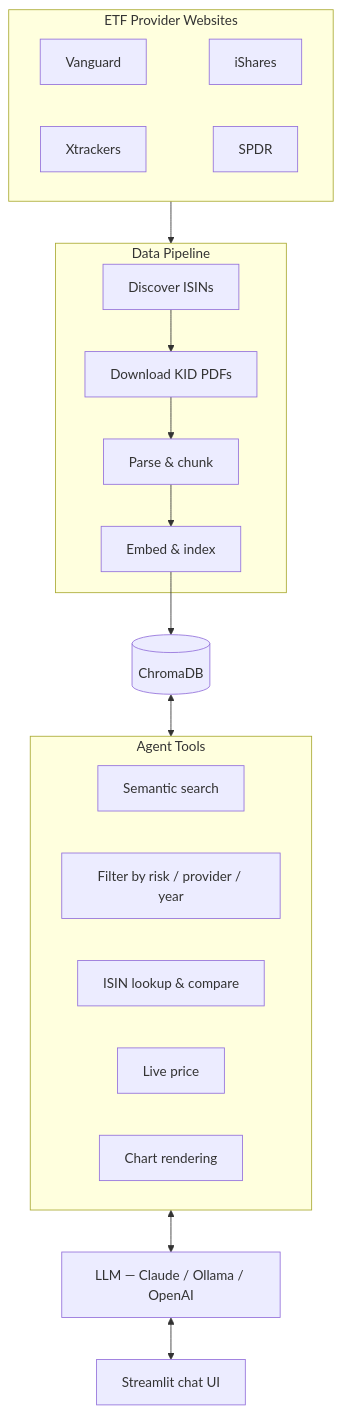
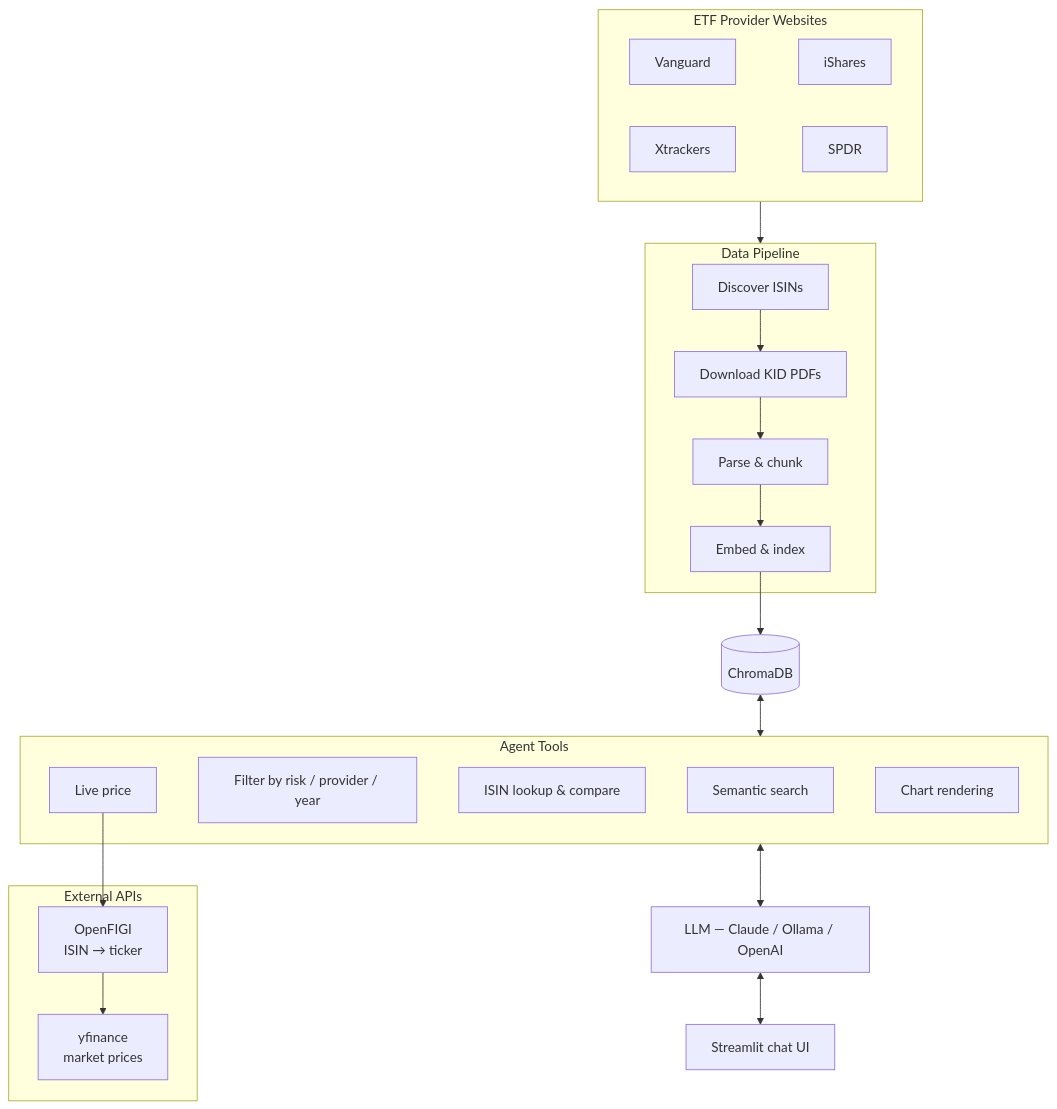
One commit to oginskis/kid-mind changed the diagram in README.md. Above: the diagram before and after it, drawn with Mermaid.

Commit message:
Add external price APIs (OpenFIGI, yfinance) to architecture diagram

````diff
--- a/README.md
+++ b/README.md
@@ -20,32 +20,40 @@
 ```mermaid
 flowchart TD
     subgraph Providers["ETF Provider Websites"]
         V[Vanguard] ~~~ I[iShares]
         X[Xtrackers] ~~~ S[SPDR]
     end
 
     subgraph Pipeline["Data Pipeline"]
         D1[Discover ISINs] --> D2[Download KID PDFs]
         D2 --> D3[Parse & chunk]
         D3 --> D4[Embed & index]
     end
 
     DB[(ChromaDB)]
 
     subgraph Tools["Agent Tools"]
         T1[Semantic search]
         T2[Filter by risk / provider / year]
         T3[ISIN lookup & compare]
         T4[Live price]
         T5[Chart rendering]
     end
 
+    subgraph External["External APIs"]
+        OF[OpenFIGI
+ISIN → ticker]
+        YF[yfinance
+market prices]
+    end
+
     LLM[LLM — Claude / Ollama / OpenAI]
     UI[Streamlit chat UI]
 
     Providers --> Pipeline
     D4 --> DB
     DB <--> Tools
+    T4 --> OF --> YF
     Tools <--> LLM
     LLM <--> UI
 ```
````
